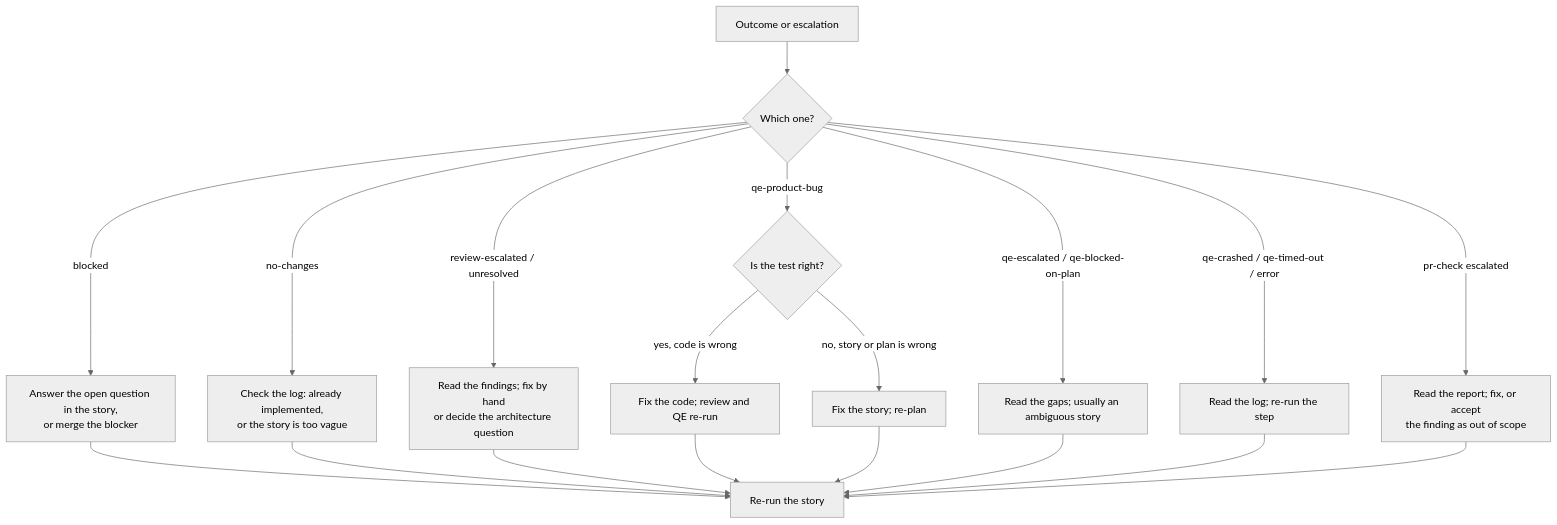
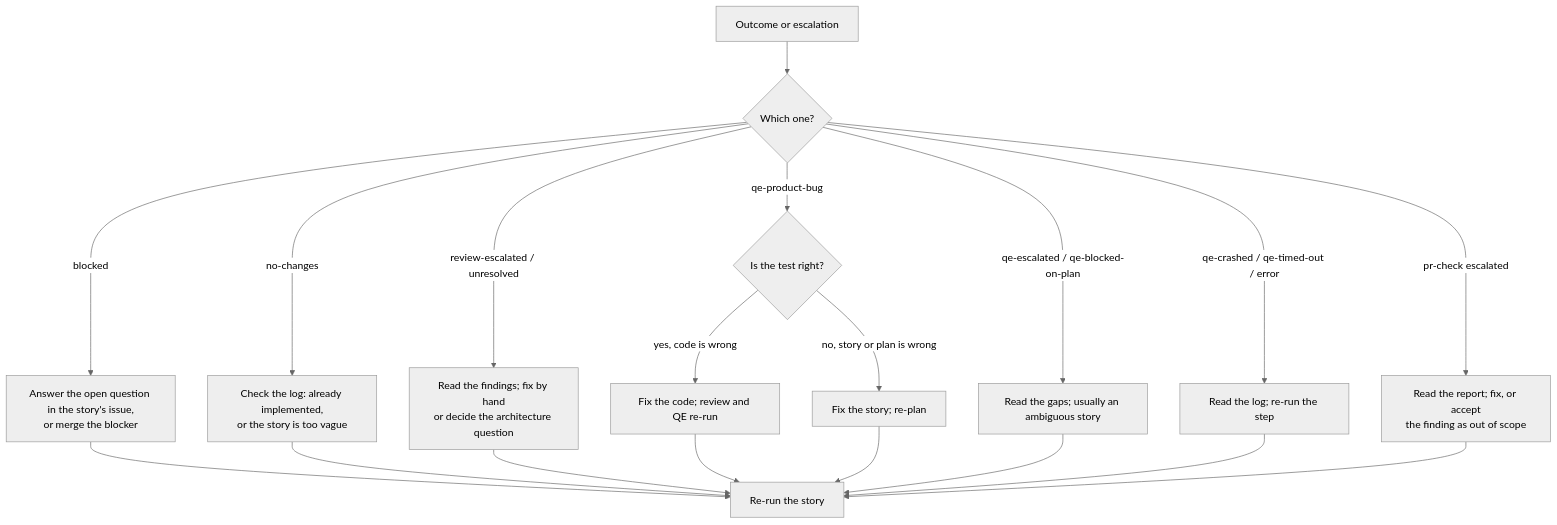
Before and after one commit to armandodollia-slalom/AI-Immersion-eShop: the diagram in docs/ai-pipeline/escalations.md, drawn with Mermaid (neutral theme). The commit also changed other lines of this file and 48 other files, not shown here.

````diff
--- a/docs/ai-pipeline/escalations.md
+++ b/docs/ai-pipeline/escalations.md
@@ -20,21 +23,21 @@
 ```mermaid
 flowchart TD
   O[Outcome or escalation] --> B{Which one?}
-  B -->|blocked| B1[Answer the open question in the story,<br/>or merge the blocker]
+  B -->|blocked| B1[Answer the open question in the story's issue,<br/>or merge the blocker]
   B -->|no-changes| N1[Check the log: already implemented,<br/>or the story is too vague]
   B -->|review-escalated / unresolved| R1[Read the findings; fix by hand<br/>or decide the architecture question]
   B -->|qe-product-bug| P1{Is the test right?}
   P1 -->|yes, code is wrong| P2[Fix the code; review and QE re-run]
   P1 -->|no, story or plan is wrong| P3[Fix the story; re-plan]
   B -->|qe-escalated / qe-blocked-on-plan| Q1[Read the gaps; usually an ambiguous story]
   B -->|qe-crashed / qe-timed-out / error| C1[Read the log; re-run the step]
   B -->|pr-check escalated| PC1[Read the report; fix, or accept<br/>the finding as out of scope]
   B1 --> RR[Re-run the story]
   N1 --> RR
   R1 --> RR
   P2 --> RR
   P3 --> RR
   Q1 --> RR
   C1 --> RR
   PC1 --> RR
 ```
````
